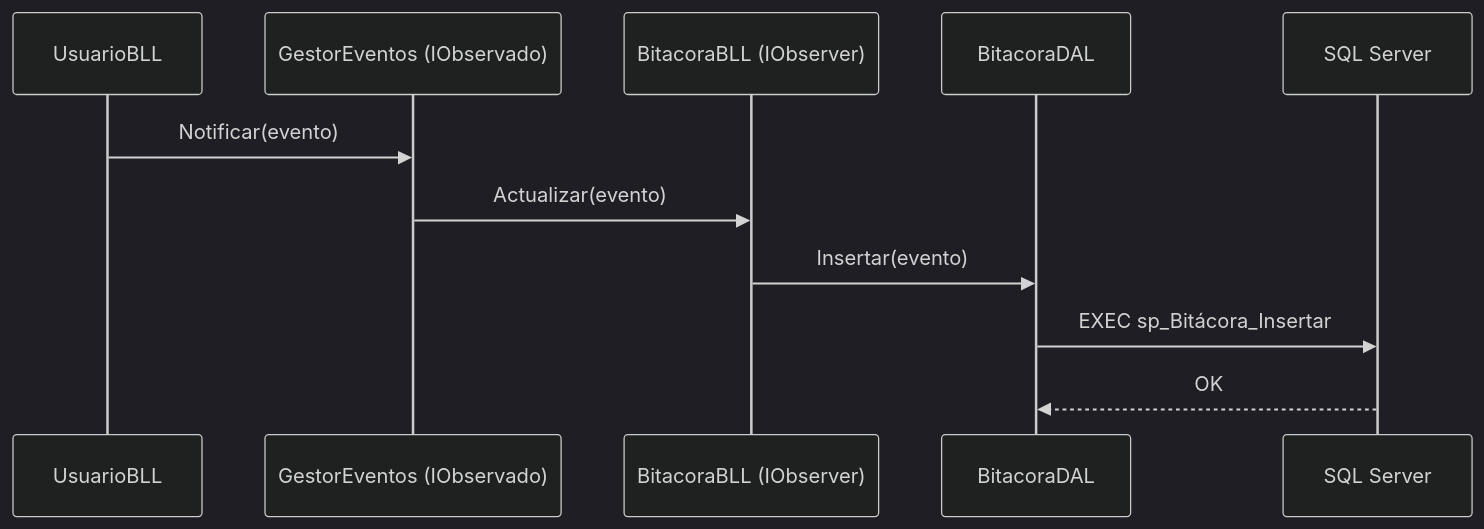
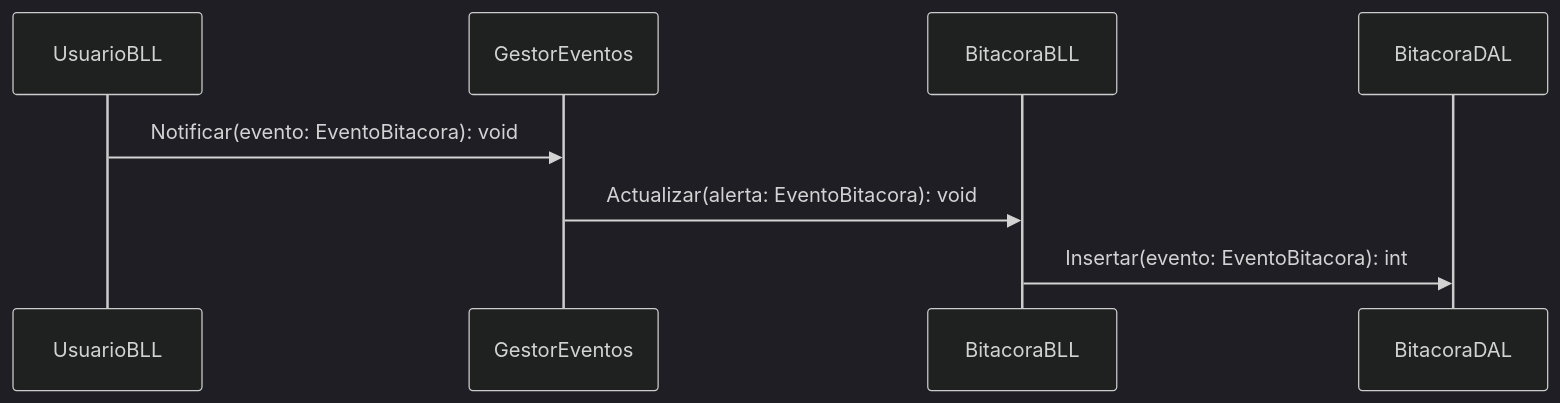
One commit to condenl/Trabajo-Practico-Final changed diagram 15 of 19 in Documentacion/Carpeta_Documentacion.md. Above: the diagram before and after it, drawn with Mermaid (dark theme). The commit also changed other lines of this file and 3 other files, not shown here.

Commit message:
Cambios: + Diagramas de clase - indicar todos los metodos + DS incluir firmas + Agregar alta de idioma DS + Agregar idioma y cerrar sesion, reflejar cambios + Mantener el idioma seleccionado

````diff
--- a/Documentacion/Carpeta_Documentacion.md
+++ b/Documentacion/Carpeta_Documentacion.md
@@ -2379,14 +2482,11 @@
 ```mermaid
 sequenceDiagram
     participant Usu as UsuarioBLL
-    participant Gst as GestorEventos (IObservado)
-    participant Bita as BitacoraBLL (IObserver)
+    participant Gst as GestorEventos
+    participant Bita as BitacoraBLL
     participant DAL as BitacoraDAL
-    participant BD as SQL Server
 
-    Usu->>Gst: Notificar(evento)
-    Gst->>Bita: Actualizar(evento)
-    Bita->>DAL: Insertar(evento)
-    DAL->>BD: EXEC sp_Bitácora_Insertar
-    BD-->>DAL: OK
+    Usu->>Gst: Notificar(evento: EventoBitacora): void
+    Gst->>Bita: Actualizar(alerta: EventoBitacora): void
+    Bita->>DAL: Insertar(evento: EventoBitacora): int
 ```
````
